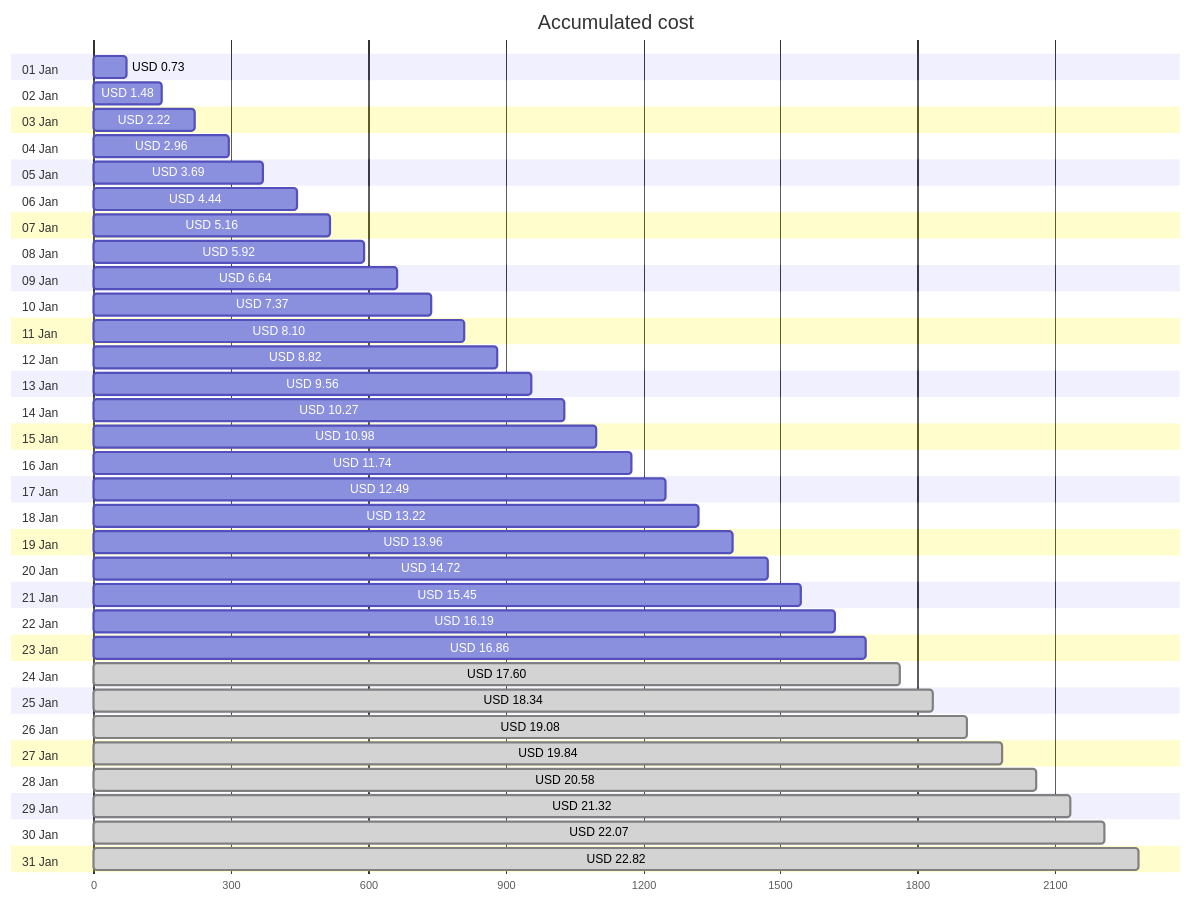
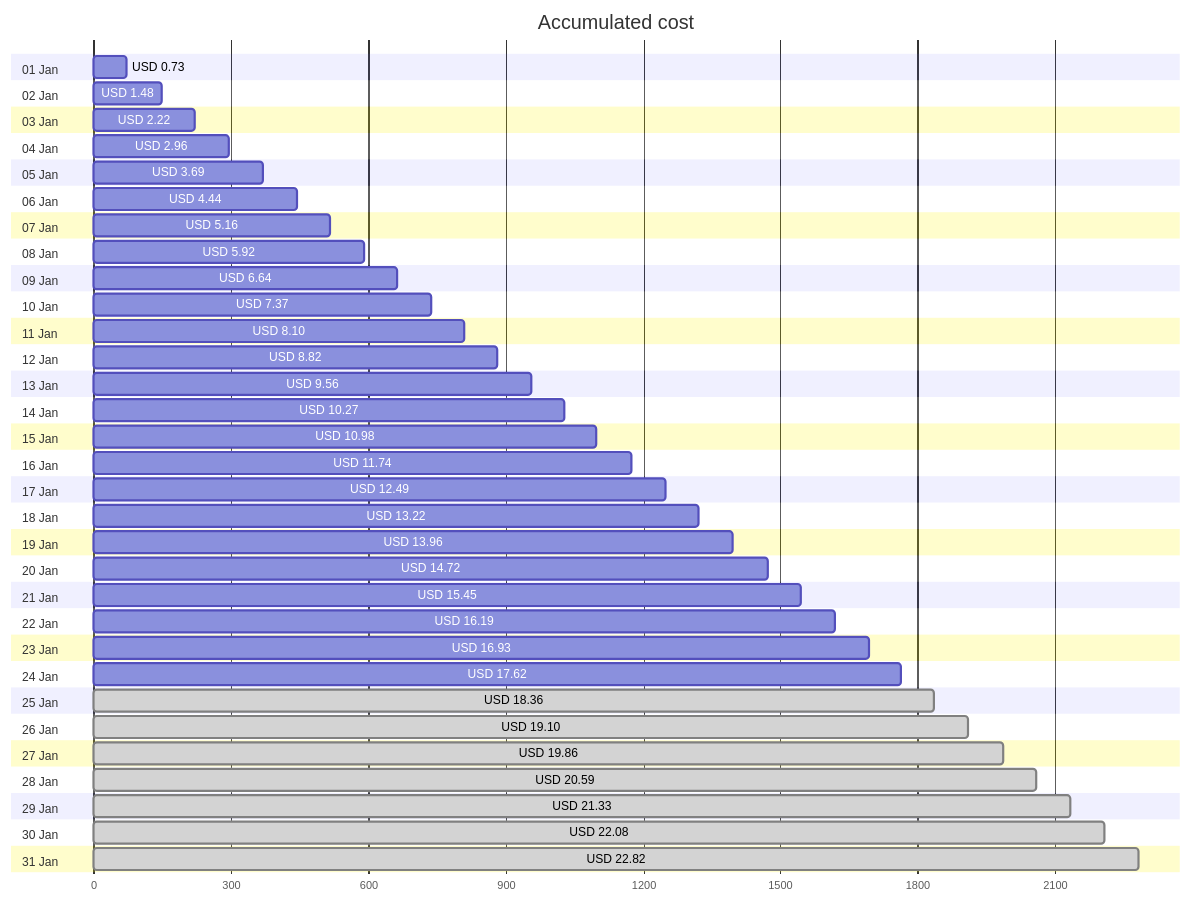
Before and after one commit to jpfulton/azure-personal-reports: the first of 4 diagrams in cost-reports/personal-network/backup-server-data-disk.md, drawn with Mermaid. The commit also changed other lines of this file and 8 other files, not shown here.

````diff
--- a/cost-reports/personal-network/backup-server-data-disk.md
+++ b/cost-reports/personal-network/backup-server-data-disk.md
@@ -20,68 +20,68 @@
 ```mermaid
 gantt
    title Accumulated cost
    dateFormat  X
    axisFormat %s
    section 01 Jan
    USD 0.73 :0, 73
    section 02 Jan
    USD 1.48 :0, 148
    section 03 Jan
    USD 2.22 :0, 222
    section 04 Jan
    USD 2.96 :0, 296
    section 05 Jan
    USD 3.69 :0, 369
    section 06 Jan
    USD 4.44 :0, 444
    section 07 Jan
    USD 5.16 :0, 516
    section 08 Jan
    USD 5.92 :0, 592
    section 09 Jan
    USD 6.64 :0, 664
    section 10 Jan
    USD 7.37 :0, 737
    section 11 Jan
    USD 8.10 :0, 810
    section 12 Jan
    USD 8.82 :0, 882
    section 13 Jan
    USD 9.56 :0, 956
    section 14 Jan
    USD 10.27 :0, 1027
    section 15 Jan
    USD 10.98 :0, 1098
    section 16 Jan
    USD 11.74 :0, 1174
    section 17 Jan
    USD 12.49 :0, 1249
    section 18 Jan
    USD 13.22 :0, 1322
    section 19 Jan
    USD 13.96 :0, 1396
    section 20 Jan
    USD 14.72 :0, 1472
    section 21 Jan
    USD 15.45 :0, 1545
    section 22 Jan
    USD 16.19 :0, 1619
    section 23 Jan
-   USD 16.86 :0, 1686
+   USD 16.93 :0, 1693
    section 24 Jan
-   USD 17.60 : done, 0, 1760
+   USD 17.62 :0, 1762
    section 25 Jan
-   USD 18.34 : done, 0, 1834
+   USD 18.36 : done, 0, 1836
    section 26 Jan
-   USD 19.08 : done, 0, 1908
+   USD 19.10 : done, 0, 1910
    section 27 Jan
-   USD 19.84 : done, 0, 1984
+   USD 19.86 : done, 0, 1986
    section 28 Jan
-   USD 20.58 : done, 0, 2058
+   USD 20.59 : done, 0, 2059
    section 29 Jan
-   USD 21.32 : done, 0, 2132
+   USD 21.33 : done, 0, 2133
    section 30 Jan
-   USD 22.07 : done, 0, 2207
+   USD 22.08 : done, 0, 2208
    section 31 Jan
    USD 22.82 : done, 0, 2282
 ```
````
